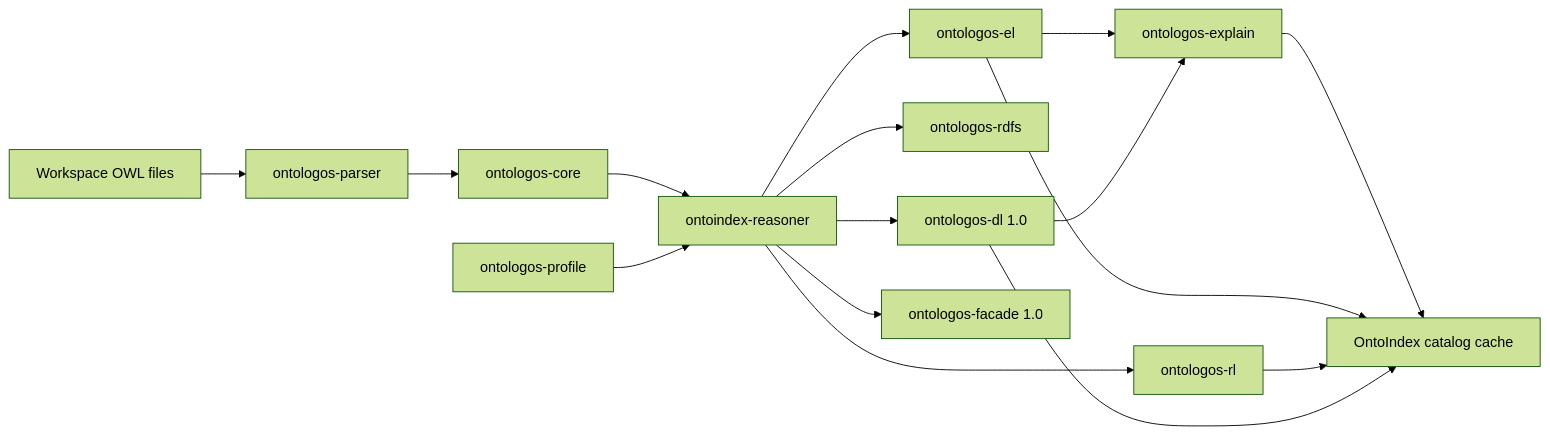
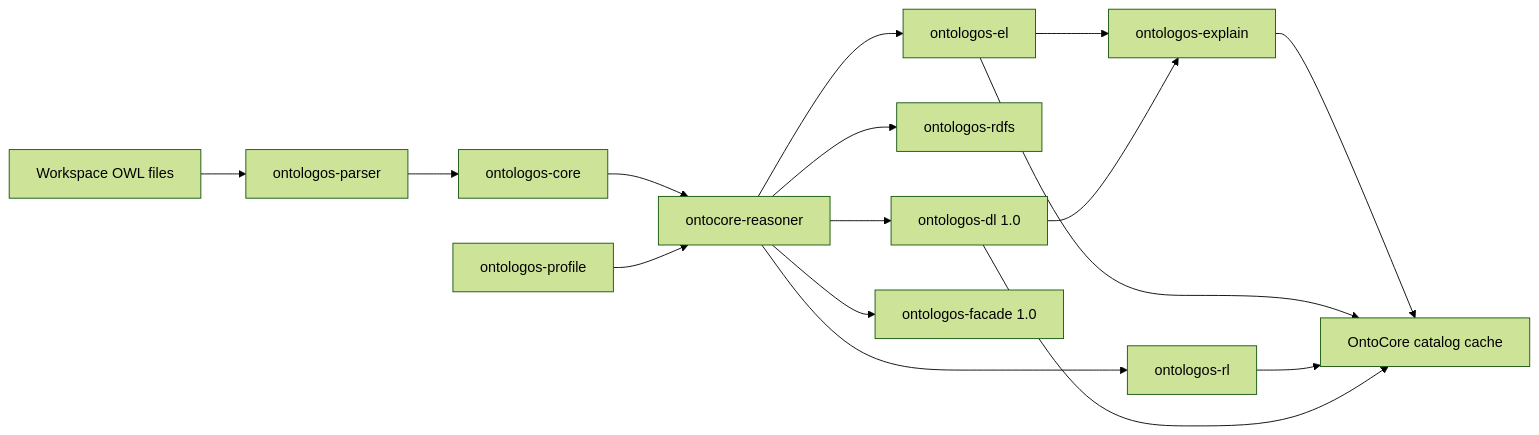
The diagram in docs/design/REASONER_SPEC.md (eddiethedean/ontocode), drawn with Mermaid (forest theme) before and after one commit. The commit also changed other lines of this file and 343 other files, not shown here.

First line of the commit message:
Complete OntoCore rename and v0.9.0 release hardening.

````diff
--- a/docs/design/REASONER_SPEC.md
+++ b/docs/design/REASONER_SPEC.md
@@ -93,29 +93,29 @@
 ```mermaid
 flowchart LR
     files[Workspace OWL files]
-  ontoindex[ontoindex-reasoner]
+  ontocore[ontocore-reasoner]
     ol_parser[ontologos-parser]
     ol_core[ontologos-core]
     profile[ontologos-profile]
     el[ontologos-el]
     rl[ontologos-rl]
     rdfs[ontologos-rdfs]
     dl[ontologos-dl 1.0]
     facade[ontologos-facade 1.0]
     explain[ontologos-explain]
-    catalog[OntoIndex catalog cache]
+    catalog[OntoCore catalog cache]
     files --> ol_parser --> ol_core
-    ol_core --> ontoindex
-    profile --> ontoindex
-    ontoindex --> el
-    ontoindex --> rl
-    ontoindex --> rdfs
-    ontoindex --> dl
-    ontoindex --> facade
+    ol_core --> ontocore
+    profile --> ontocore
+    ontocore --> el
+    ontocore --> rl
+    ontocore --> rdfs
+    ontocore --> dl
+    ontocore --> facade
     el --> explain
     dl --> explain
     explain --> catalog
     el --> catalog
     rl --> catalog
     dl --> catalog
 ```
````
